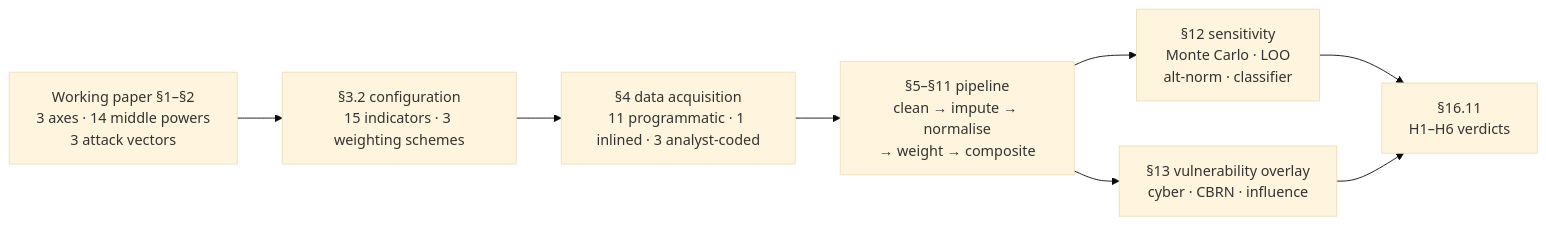
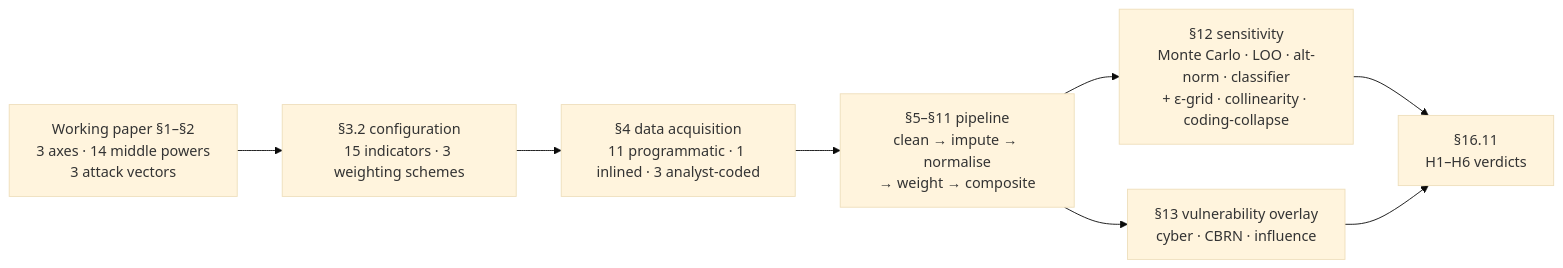
The diagram in README.md (khailapvuong/middle-powers-mpapi), drawn with Mermaid (base theme) before and after one commit. The commit also changed other lines of this file and 9 other files, not shown here.

````diff
--- a/README.md
+++ b/README.md
@@ -97,15 +105,15 @@
 ```mermaid
 flowchart LR
   Paper["Working paper §1–§2<br/>3 axes · 14 middle powers<br/>3 attack vectors"]
   Config["§3.2 configuration<br/>15 indicators · 3 weighting schemes"]
   Acq["§4 data acquisition<br/>11 programmatic · 1 inlined · 3 analyst-coded"]
   Pipeline["§5–§11 pipeline<br/>clean → impute → normalise<br/>→ weight → composite"]
-  Sens["§12 sensitivity<br/>Monte Carlo · LOO<br/>alt-norm · classifier"]
+  Sens["§12 sensitivity<br/>Monte Carlo · LOO · alt-norm · classifier<br/>+ ε-grid · collinearity · coding-collapse"]
   Overlay["§13 vulnerability overlay<br/>cyber · CBRN · influence"]
   Verdicts["§16.11<br/>H1–H6 verdicts"]
   Paper --> Config --> Acq --> Pipeline
   Pipeline --> Sens
   Pipeline --> Overlay
   Sens --> Verdicts
   Overlay --> Verdicts
 ```
````
